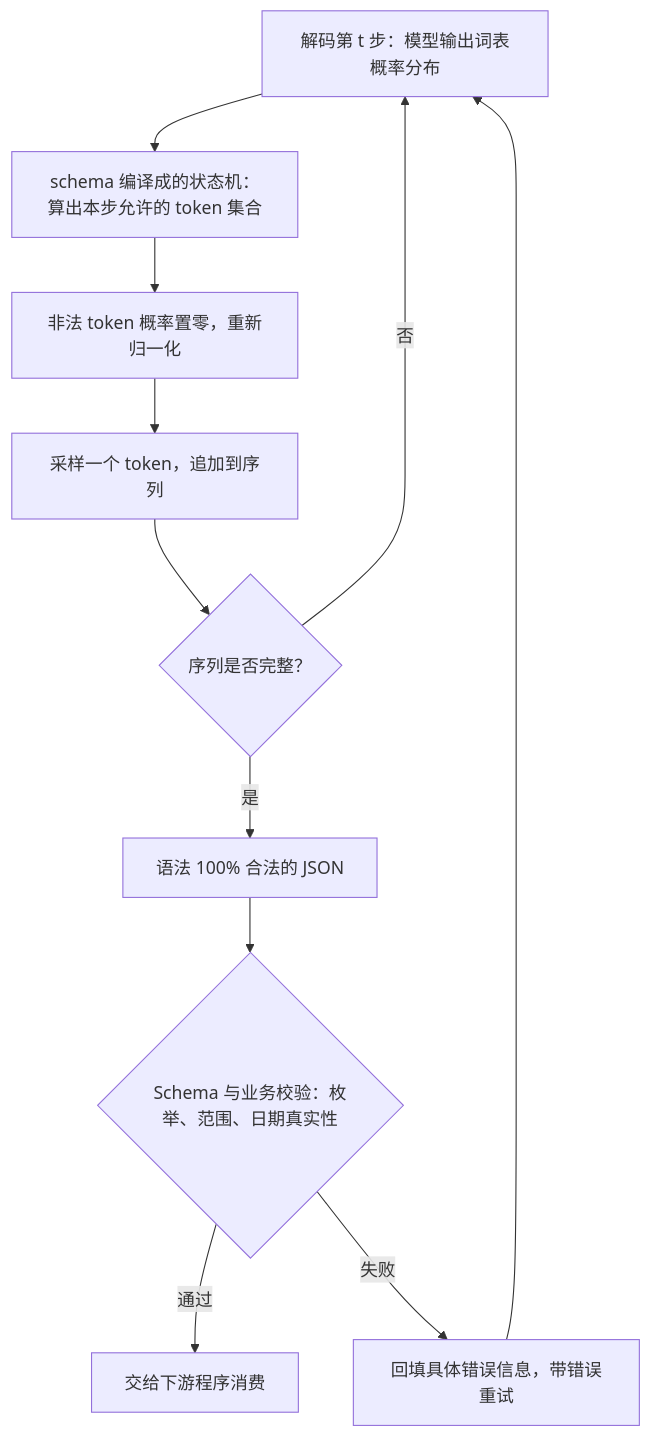
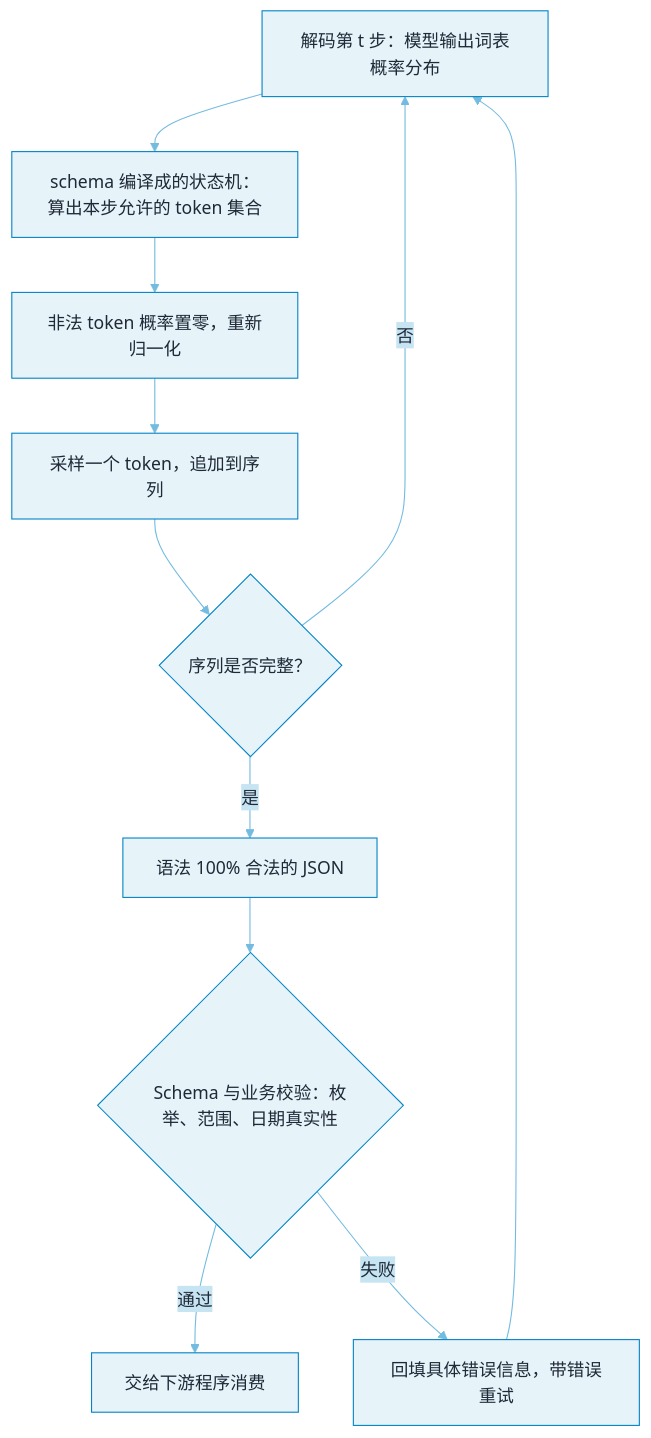
The diagram in docs/04-prompt-reasoning/structured-output.md (funny8kids/ai-agent-handbook), drawn with Mermaid before and after one commit. The commit also changed 144 other files, not shown here.

First line of the commit message:
Theme all 154 Mermaid diagrams with per-chapter colors via %%{init}%% directives

````diff
--- a/docs/04-prompt-reasoning/structured-output.md
+++ b/docs/04-prompt-reasoning/structured-output.md
@@ -66,13 +66,14 @@
 ```mermaid
+%%{init: {"theme":"base","themeVariables":{"primaryColor":"#E6F3F9","primaryBorderColor":"#0284C7","primaryTextColor":"#1F2937","secondaryColor":"#C7E4F3","tertiaryColor":"#F5FAFD","lineColor":"#74BBE0","actorBkg":"#EBF5FB","actorBorder":"#0284C7","actorTextColor":"#1F2937","signalColor":"#4EA9D8","noteBkgColor":"#D1E9F5","noteBorderColor":"#0284C7","noteTextColor":"#1F2937","labelBoxBkgColor":"#E6F3F9","labelBoxBorderColor":"#0284C7"}}}%%
 flowchart TD
     A["解码第 t 步：模型输出词表概率分布"] --> B["schema 编译成的状态机：算出本步允许的 token 集合"]
     B --> C["非法 token 概率置零，重新归一化"]
     C --> D["采样一个 token，追加到序列"]
     D --> E{"序列是否完整？"}
     E -->|"否"| A
     E -->|"是"| F["语法 100% 合法的 JSON"]
     F --> G{"Schema 与业务校验：枚举、范围、日期真实性"}
     G -->|"通过"| H["交给下游程序消费"]
     G -->|"失败"| I["回填具体错误信息，带错误重试"]
     I --> A
 ```
````
